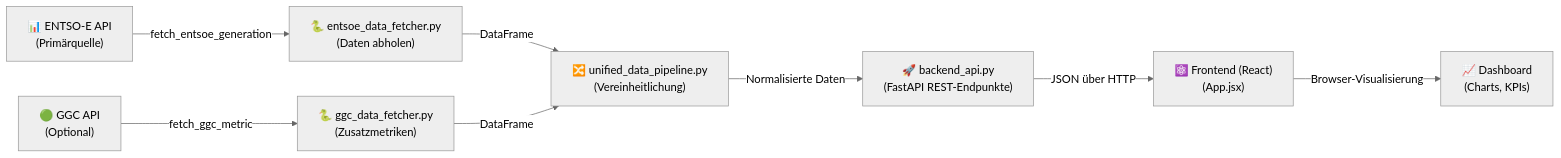
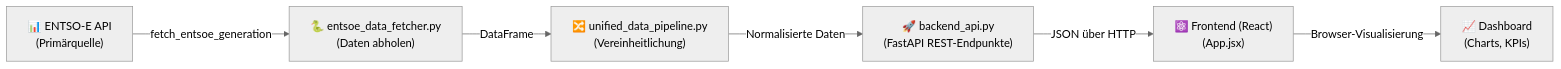
Before and after one commit to Florian-Spiess/ENTSO-E-EU-Stromdaten-API: the diagram in EU-Stromdaten Tool/CODE_ERKLAERUNG.md, drawn with Mermaid (neutral theme). The commit also changed other lines of this file, not shown here.

````diff
--- a/EU-Stromdaten Tool/CODE_ERKLAERUNG.md
+++ b/EU-Stromdaten Tool/CODE_ERKLAERUNG.md
@@ -9,13 +9,11 @@
 ```mermaid
 graph LR
     A["📊 ENTSO-E API<br/>(Primärquelle)"] -->|fetch_entsoe_generation| B["🐍 entsoe_data_fetcher.py<br/>(Daten abholen)"]
-    C["🟢 GGC API<br/>(Optional)"] -->|fetch_ggc_metric| D["🐍 ggc_data_fetcher.py<br/>(Zusatzmetriken)"]
     
     B -->|DataFrame| E["🔀 unified_data_pipeline.py<br/>(Vereinheitlichung)"]
-    D -->|DataFrame| E
     
     E -->|Normalisierte Daten| F["🚀 backend_api.py<br/>(FastAPI REST-Endpunkte)"]
     
     F -->|JSON über HTTP| G["⚛️ Frontend (React)<br/>(App.jsx)"]
     G -->|Browser-Visualisierung| H["📈 Dashboard<br/>(Charts, KPIs)"]
 ```
````
